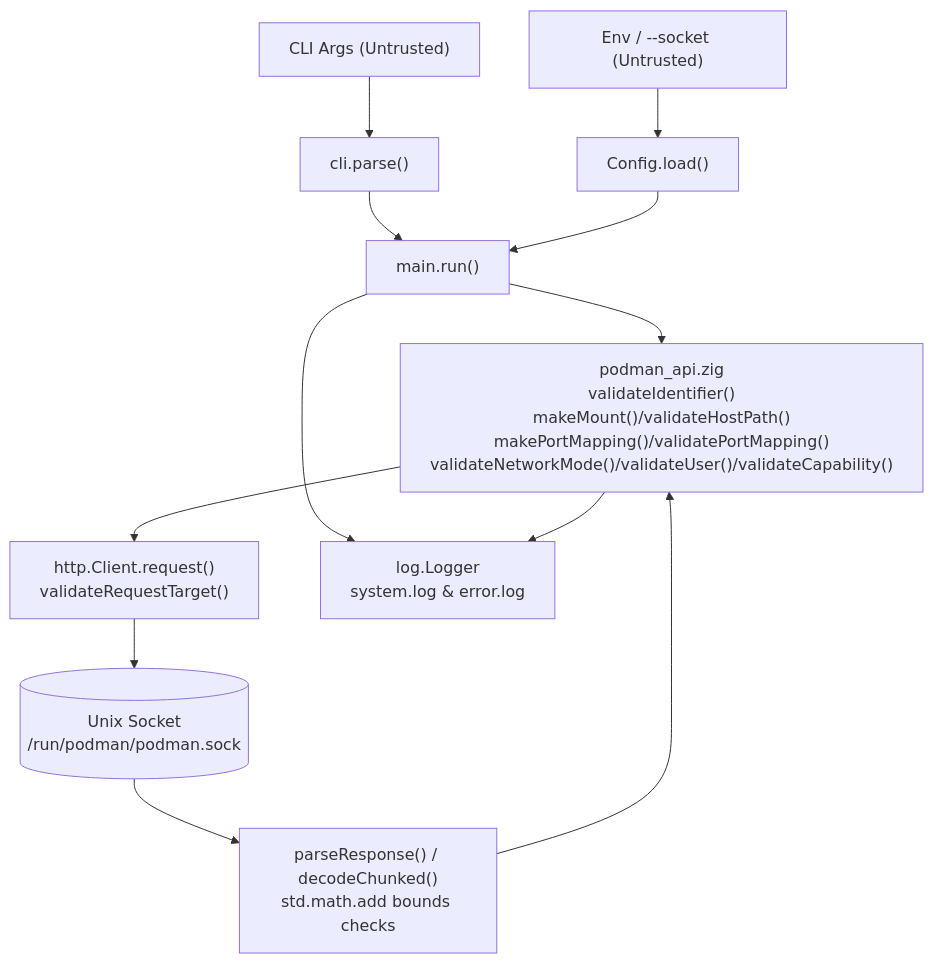
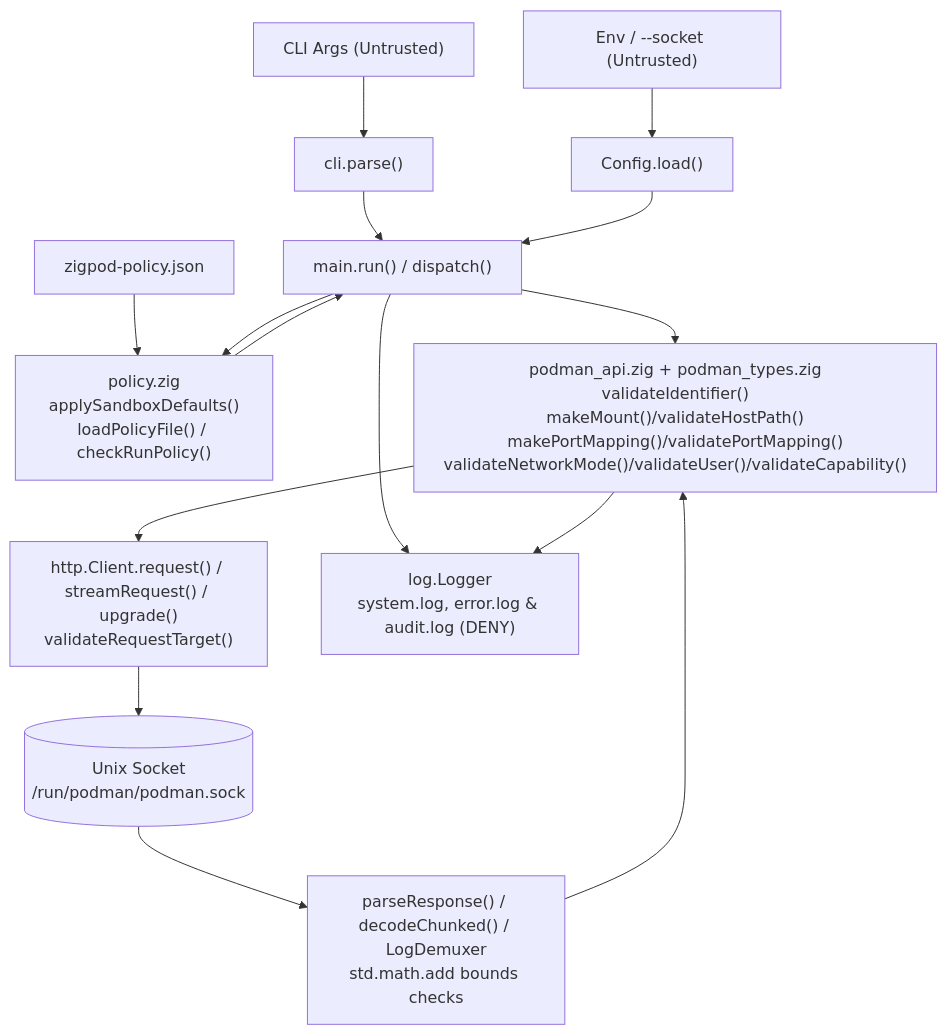
The diagram in docs/vault/Architecture-Map.md (srayuth202510-byte/zigpodza), drawn with Mermaid before and after one commit. The commit also changed other lines of this file and 4 other files, not shown here.

````diff
--- a/docs/vault/Architecture-Map.md
+++ b/docs/vault/Architecture-Map.md
@@ -17,14 +17,17 @@
 ```mermaid
 flowchart TD
     ARGS["CLI Args (Untrusted)"] --> CLI["cli.parse()"]
     ENV["Env / --socket (Untrusted)"] --> CFG["Config.load()"]
-    CLI --> MAIN["main.run()"]
+    POLFILE["zigpod-policy.json"] --> POL["policy.zig\napplySandboxDefaults()\nloadPolicyFile() / checkRunPolicy()"]
+    CLI --> MAIN["main.run() / dispatch()"]
     CFG --> MAIN
-    MAIN --> API["podman_api.zig\nvalidateIdentifier()\nmakeMount()/validateHostPath()\nmakePortMapping()/validatePortMapping()\nvalidateNetworkMode()/validateUser()/validateCapability()"]
-    API --> HTTP["http.Client.request()\nvalidateRequestTarget()"]
+    MAIN --> POL
+    POL --> MAIN
+    MAIN --> API["podman_api.zig + podman_types.zig\nvalidateIdentifier()\nmakeMount()/validateHostPath()\nmakePortMapping()/validatePortMapping()\nvalidateNetworkMode()/validateUser()/validateCapability()"]
+    API --> HTTP["http.Client.request() / streamRequest() / upgrade()\nvalidateRequestTarget()"]
     HTTP --> SOCK[("Unix Socket\n/run/podman/podman.sock")]
-    SOCK --> PARSE["parseResponse() / decodeChunked()\nstd.math.add bounds checks"]
+    SOCK --> PARSE["parseResponse() / decodeChunked() / LogDemuxer\nstd.math.add bounds checks"]
     PARSE --> API
-    MAIN --> LOG["log.Logger\nsystem.log & error.log"]
+    MAIN --> LOG["log.Logger\nsystem.log, error.log & audit.log (DENY)"]
     API --> LOG
 ```
````
